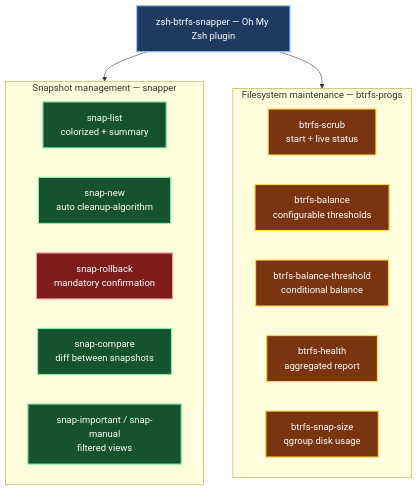
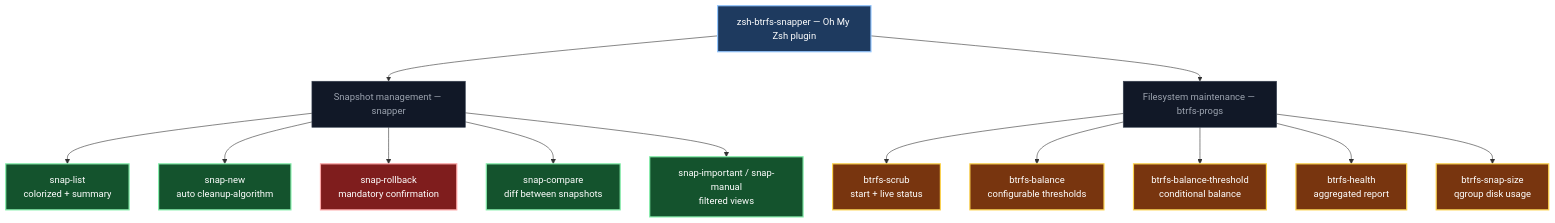
The diagram in README.md (crisis1er/zsh-manager), drawn with Mermaid before and after one commit.

Commit message:
docs: remove subgraph boxes from Mermaid diagram

````diff
--- a/README.md
+++ b/README.md
@@ -20,29 +20,25 @@
 ```mermaid
 flowchart TD
     classDef plugin  fill:#1e3a5f,stroke:#93c5fd,stroke-width:2px,color:#ffffff
     classDef snap    fill:#14532d,stroke:#86efac,stroke-width:2px,color:#ffffff
     classDef btrfs   fill:#78350f,stroke:#fcd34d,stroke-width:2px,color:#ffffff
-    classDef native  fill:#1f2937,stroke:#6b7280,stroke-width:2px,color:#9ca3af
     classDef safety  fill:#7f1d1d,stroke:#fca5a5,stroke-width:2px,color:#ffffff
+    classDef label   fill:#111827,stroke:#374151,stroke-width:1px,color:#9ca3af
 
     PLUGIN[zsh-btrfs-snapper — Oh My Zsh plugin]:::plugin
 
-    PLUGIN --> SNAPPER
-    PLUGIN --> BTRFS
+    PLUGIN --> S_LABEL[Snapshot management — snapper]:::label
+    PLUGIN --> B_LABEL[Filesystem maintenance — btrfs-progs]:::label
 
-    subgraph SNAPPER[" Snapshot management — snapper "]
-        SL[snap-list\ncolorized + summary]:::snap
-        SN[snap-new\nauto cleanup-algorithm]:::snap
-        SR[snap-rollback\nmandatory confirmation]:::safety
-        SC[snap-compare\ndiff between snapshots]:::snap
-        SF[snap-important / snap-manual\nfiltered views]:::snap
-    end
+    S_LABEL --> SL[snap-list\ncolorized + summary]:::snap
+    S_LABEL --> SN[snap-new\nauto cleanup-algorithm]:::snap
+    S_LABEL --> SR[snap-rollback\nmandatory confirmation]:::safety
+    S_LABEL --> SC[snap-compare\ndiff between snapshots]:::snap
+    S_LABEL --> SF[snap-important / snap-manual\nfiltered views]:::snap
 
-    subgraph BTRFS[" Filesystem maintenance — btrfs-progs "]
-        BS[btrfs-scrub\nstart + live status]:::btrfs
-        BB[btrfs-balance\nconfigurable thresholds]:::btrfs
-        BT[btrfs-balance-threshold\nconditional balance]:::btrfs
-        BH[btrfs-health\naggregated report]:::btrfs
-        BZ[btrfs-snap-size\nqgroup disk usage]:::btrfs
-    end
+    B_LABEL --> BS[btrfs-scrub\nstart + live status]:::btrfs
+    B_LABEL --> BB[btrfs-balance\nconfigurable thresholds]:::btrfs
+    B_LABEL --> BT[btrfs-balance-threshold\nconditional balance]:::btrfs
+    B_LABEL --> BH[btrfs-health\naggregated report]:::btrfs
+    B_LABEL --> BZ[btrfs-snap-size\nqgroup disk usage]:::btrfs
 ```
````
